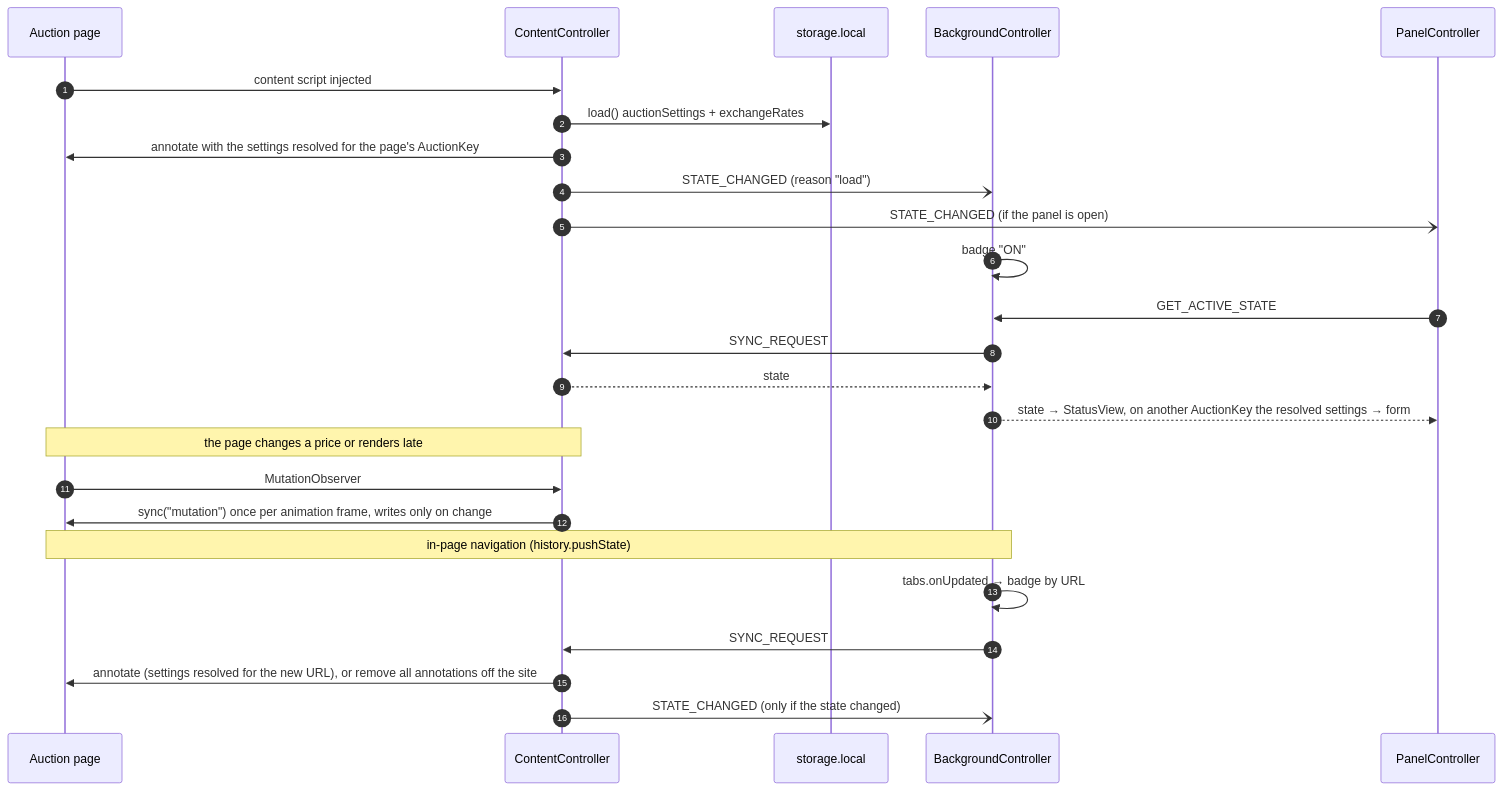
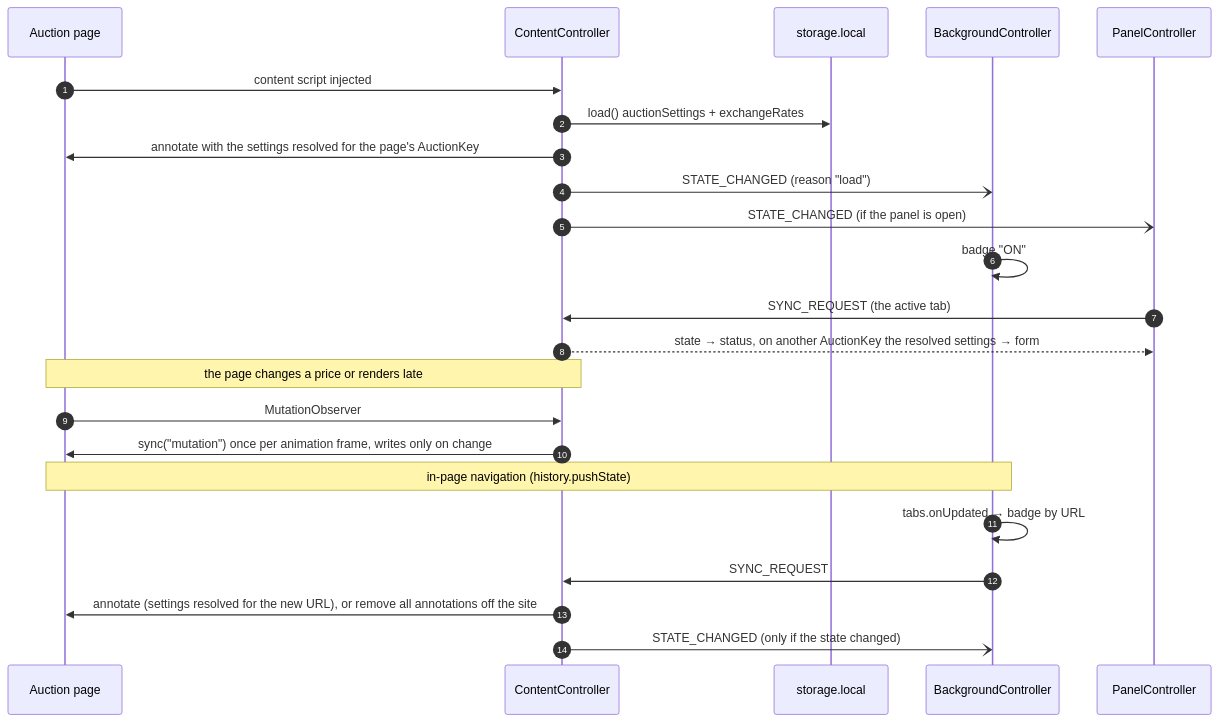
The fifth of 8 diagrams in docs/architecture.md (radyak/minerva-browserplugin), drawn with Mermaid before and after one commit. The commit also changed other lines of this file and 43 other files, not shown here.

````diff
--- a/docs/architecture.md
+++ b/docs/architecture.md
@@ -267,30 +270,28 @@
 ```mermaid
 sequenceDiagram
   autonumber
   participant Page as Auction page
   participant CC as ContentController
   participant Store as storage.local
   participant BC as BackgroundController
   participant PC as PanelController
 
   Page->>CC: content script injected
   CC->>Store: load() auctionSettings + exchangeRates
   CC->>Page: annotate with the settings resolved for the page's AuctionKey
   CC-)BC: STATE_CHANGED (reason "load")
   CC-)PC: STATE_CHANGED (if the panel is open)
   BC->>BC: badge "ON"
-  PC->>BC: GET_ACTIVE_STATE
-  BC->>CC: SYNC_REQUEST
-  CC-->>BC: state
-  BC-->>PC: state → StatusView, on another AuctionKey the resolved settings → form
+  PC->>CC: SYNC_REQUEST (the active tab)
+  CC-->>PC: state → status, on another AuctionKey the resolved settings → form
 
   Note over Page,CC: the page changes a price or renders late
   Page->>CC: MutationObserver
   CC->>Page: sync("mutation") once per animation frame, writes only on change
 
   Note over Page,BC: in-page navigation (history.pushState)
   BC->>BC: tabs.onUpdated → badge by URL
   BC->>CC: SYNC_REQUEST
   CC->>Page: annotate (settings resolved for the new URL), or remove all annotations off the site
   CC-)BC: STATE_CHANGED (only if the state changed)
 ```
````
